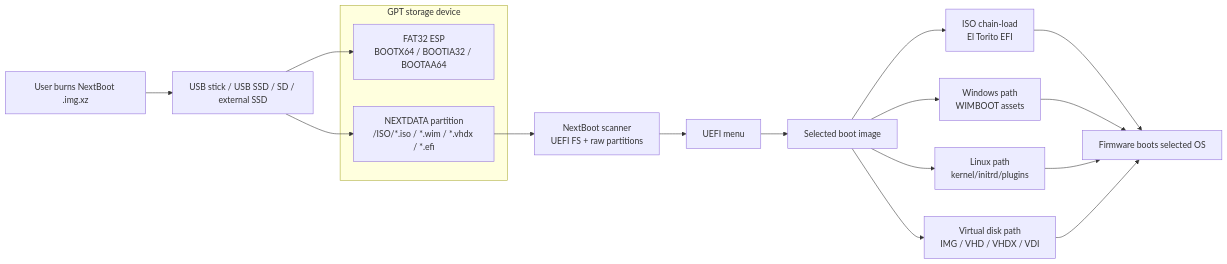
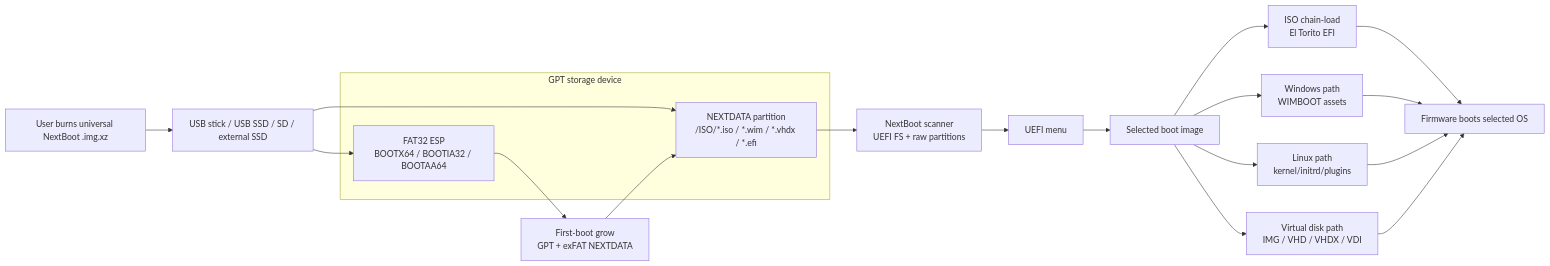
The diagram in README.md (tianrking/NextBoot), drawn with Mermaid before and after one commit. The commit also changed other lines of this file and 10 other files, not shown here.

Commit message:
feat(release): grow universal media

````diff
--- a/README.md
+++ b/README.md
@@ -109,24 +108,26 @@
 ```mermaid
 flowchart LR
-  User["User burns NextBoot .img.xz"] --> Media["USB stick / USB SSD / SD / external SSD"]
+  User["User burns universal NextBoot .img.xz"] --> Media["USB stick / USB SSD / SD / external SSD"]
 
   subgraph Disk["GPT storage device"]
     ESP["FAT32 ESP<br/>BOOTX64 / BOOTIA32 / BOOTAA64"]
     DATA["NEXTDATA partition<br/>/ISO/*.iso / *.wim / *.vhdx / *.efi"]
   end
 
   Media --> ESP
   Media --> DATA
+  ESP --> Grow["First-boot grow<br/>GPT + exFAT NEXTDATA"]
+  Grow --> DATA
   DATA --> Scan["NextBoot scanner<br/>UEFI FS + raw partitions"]
   Scan --> Menu["UEFI menu"]
   Menu --> Choice["Selected boot image"]
   Choice --> ISO["ISO chain-load<br/>El Torito EFI"]
   Choice --> Windows["Windows path<br/>WIMBOOT assets"]
   Choice --> Linux["Linux path<br/>kernel/initrd/plugins"]
   Choice --> VDisk["Virtual disk path<br/>IMG / VHD / VHDX / VDI"]
 
   ISO --> Firmware["Firmware boots selected OS"]
   Windows --> Firmware
   Linux --> Firmware
   VDisk --> Firmware
 ```
````
